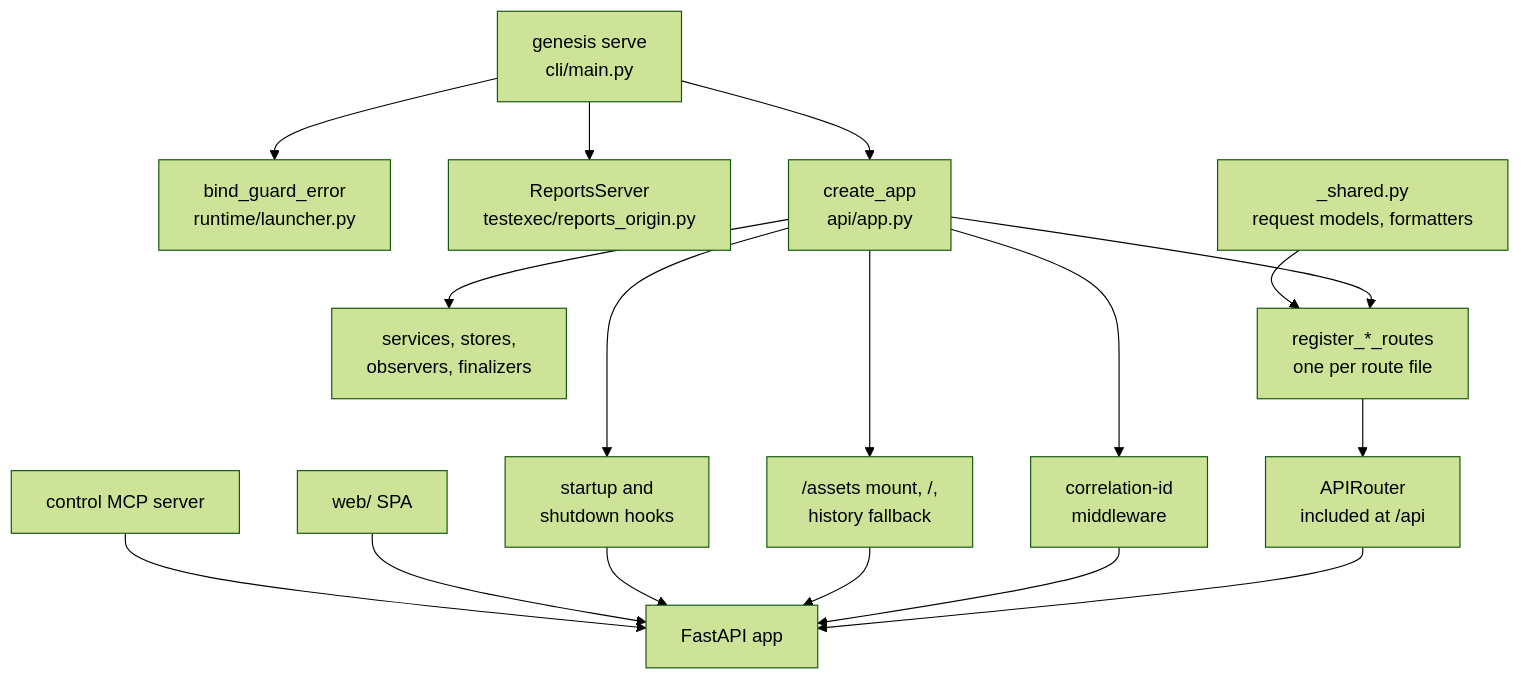
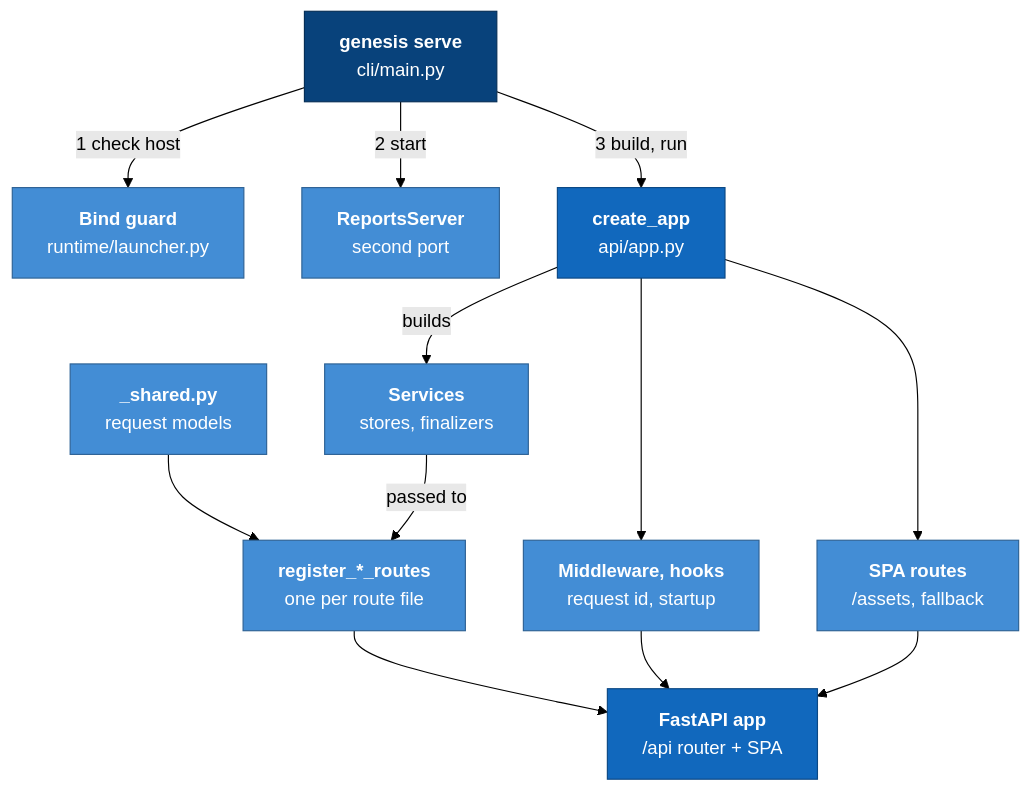
Before and after one commit to ram-020998/project-tracker: the first of 3 diagrams in genesis/architecture/modules/api.md, drawn with Mermaid (forest theme). The commit also changed other lines of this file and 24 other files, not shown here.

First line of the commit message:
architecture: rewrite all 86 Mermaid diagrams to one C4 style, each render-checked

````diff
--- a/genesis/architecture/modules/api.md
+++ b/genesis/architecture/modules/api.md
@@ -52,19 +52,30 @@
 ```mermaid
 flowchart TB
-    cli["genesis serve<br/>cli/main.py"] --> guard["bind_guard_error<br/>runtime/launcher.py"]
-    cli --> rep["ReportsServer<br/>testexec/reports_origin.py"]
-    cli --> create["create_app<br/>api/app.py"]
-    create --> svc["services, stores,<br/>observers, finalizers"]
-    create --> reg["register_*_routes<br/>one per route file"]
-    reg --> apirouter["APIRouter<br/>included at /api"]
-    create --> mw["correlation-id<br/>middleware"]
-    create --> hooks["startup and<br/>shutdown hooks"]
-    create --> spa["/assets mount, /,<br/>history fallback"]
-    apirouter --> app["FastAPI app"]
-    mw --> app
+    serve["<b>genesis serve</b><br/>cli/main.py"]:::person
+    guard["<b>Bind guard</b><br/>runtime/launcher.py"]:::comp
+    reports["<b>ReportsServer</b><br/>second port"]:::comp
+    create["<b>create_app</b><br/>api/app.py"]:::core
+
+    services["<b>Services</b><br/>stores, finalizers"]:::comp
+    register["<b>register_*_routes</b><br/>one per route file"]:::comp
+    shared["<b>_shared.py</b><br/>request models"]:::comp
+    hooks["<b>Middleware, hooks</b><br/>request id, startup"]:::comp
+    spa["<b>SPA routes</b><br/>/assets, fallback"]:::comp
+
+    app["<b>FastAPI app</b><br/>/api router + SPA"]:::core
+
+    serve -- "1 check host" --> guard
+    serve -- "2 start" --> reports
+    serve -- "3 build, run" --> create
+    create -- "builds" --> services
+    create --> hooks & spa
+    shared --> register
+    services -- "passed to" --> register
+    register --> app
+    hooks --> app
     spa --> app
-    hooks --> app
-    shared["_shared.py<br/>request models, formatters"] --> reg
-    web["web/ SPA"] --> app
-    mcp["control MCP server"] --> app
+
+    classDef person fill:#08427b,stroke:#052e56,color:#ffffff
+    classDef core fill:#1168bd,stroke:#0b4884,color:#ffffff
+    classDef comp fill:#438dd5,stroke:#2e6295,color:#ffffff
 ```
````
